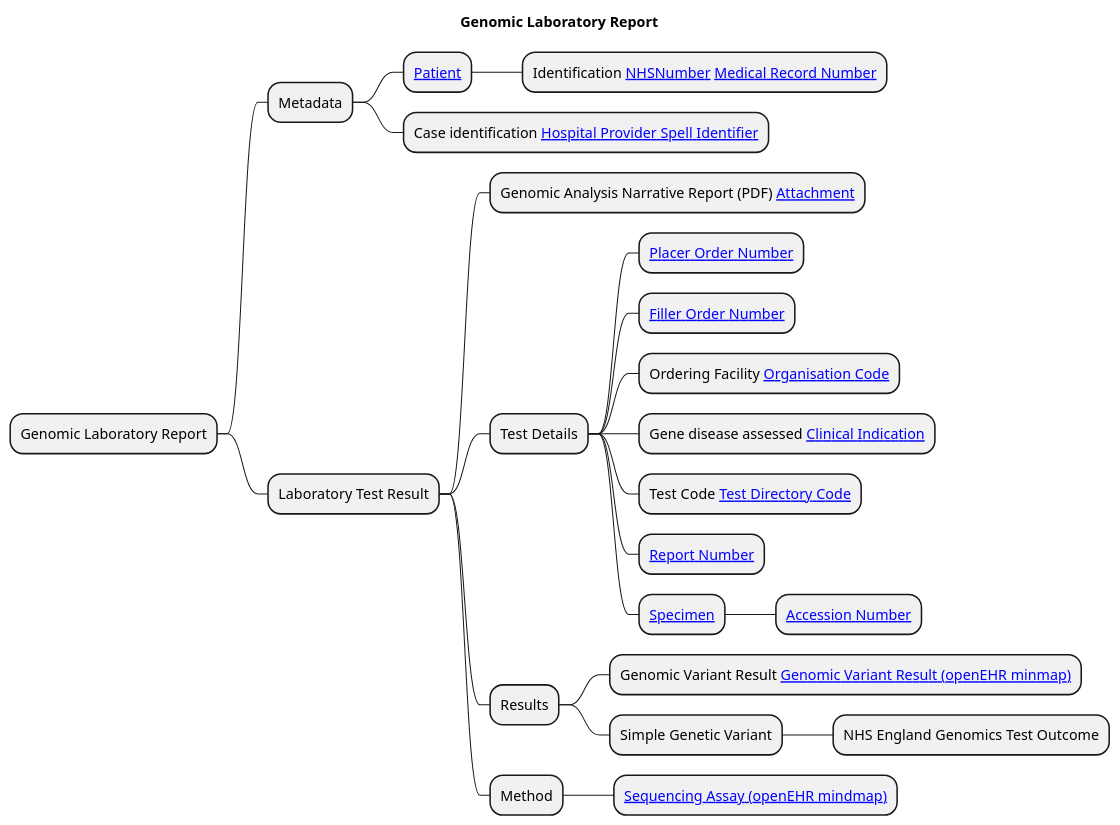
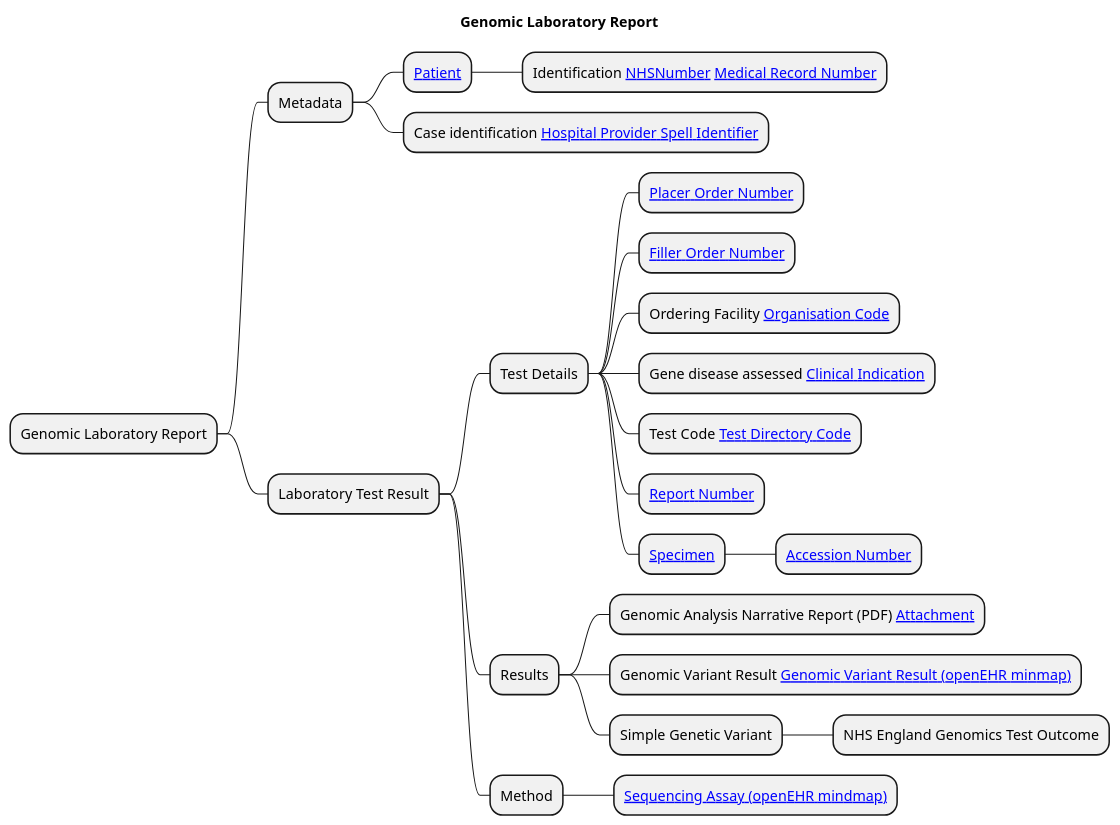
Before and after one commit to uk-gov-mirror/nw-gmsa.nw-gmsa.github.com: the diagram in input/images-source/LaboratoryReport-mindmap.plantuml, drawn with PlantUML. The commit also changed 1 other file, not shown here.

Commit message:
hyperlinks in mermaid diagram

```diff
--- a/input/images-source/LaboratoryReport-mindmap.plantuml
+++ b/input/images-source/LaboratoryReport-mindmap.plantuml
@@ -1,28 +1,28 @@
 @startmindmap
 
 title "Genomic Laboratory Report"
 
 * Genomic Laboratory Report
 ** Metadata
 *** [[StructureDefinition-Patient.html Patient]]
 **** Identification [[StructureDefinition-NHSNumber.html NHSNumber]] [[StructureDefinition-MedicalRecordNumber.html Medical Record Number]]
 *** Case identification [[StructureDefinition-HospitalProviderSpellIdentifier.html Hospital Provider Spell Identifier]]
 ** Laboratory Test Result
-*** Genomic Analysis Narrative Report (PDF) [[StructureDefinition-NWAttachment.html Attachment]]
 *** Test Details
 **** [[StructureDefinition-PlacerOrderNumber.html Placer Order Number]]
 **** [[StructureDefinition-FillerOrderNumber.html Filler Order Number]]
 **** Ordering Facility [[StructureDefinition-OrganisationCode.html Organisation Code]]
 **** Gene disease assessed [[CodeSystem-GenomicClinicalIndication.html Clinical Indication]]
 **** Test Code [[CodeSystem-GenomicTestCode.html Test Directory Code]]
 **** [[StructureDefinition-ReportNumber.html Report Number]]
 **** [[StructureDefinition-Specimen.html Specimen]]
 ***** [[StructureDefinition-AccessionNumber.html Accession Number]]
 *** Results
+**** Genomic Analysis Narrative Report (PDF) [[StructureDefinition-NWAttachment.html Attachment]]
 **** Genomic Variant Result [[https://ckm.openehr.org/ckm/archetypes/1013.1.3759/mindmap Genomic Variant Result (openEHR minmap)]]
 **** Simple Genetic Variant
 ***** NHS England Genomics Test Outcome
 *** Method
 **** [[https://ckm.openehr.org/ckm/archetypes/1013.1.4256/mindmap Sequencing Assay (openEHR mindmap)]]
 
 @endmindmap
```
